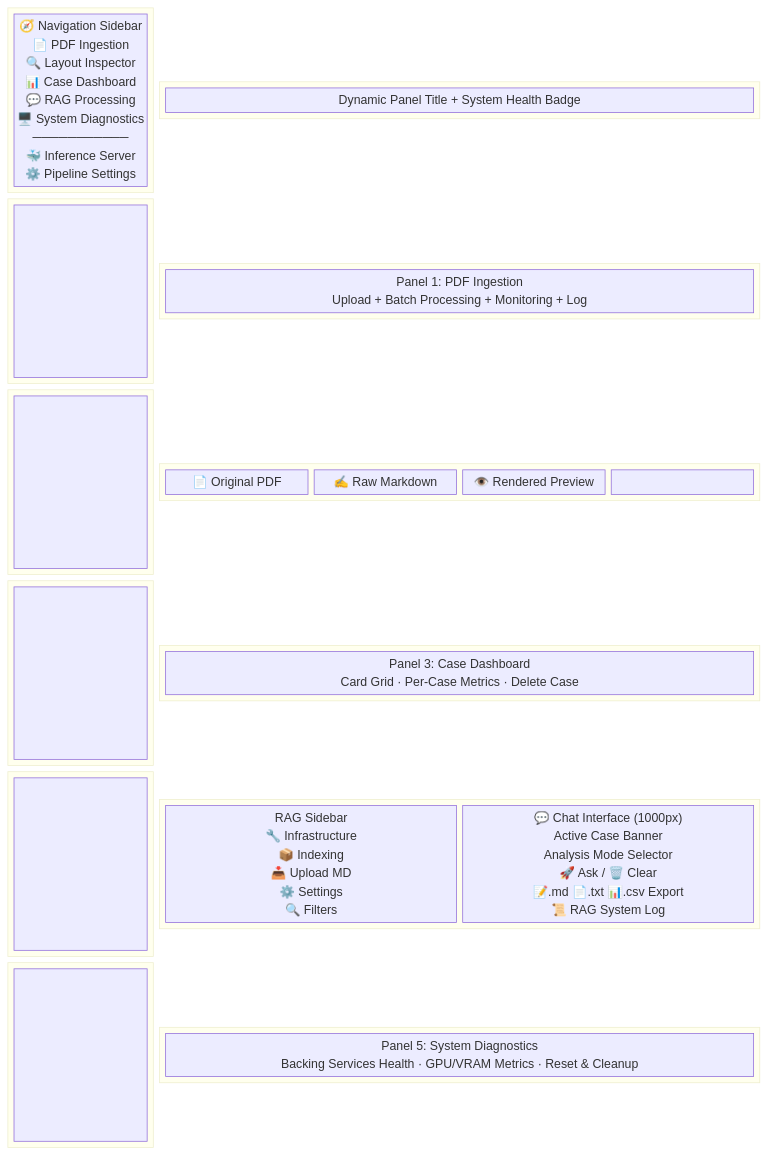
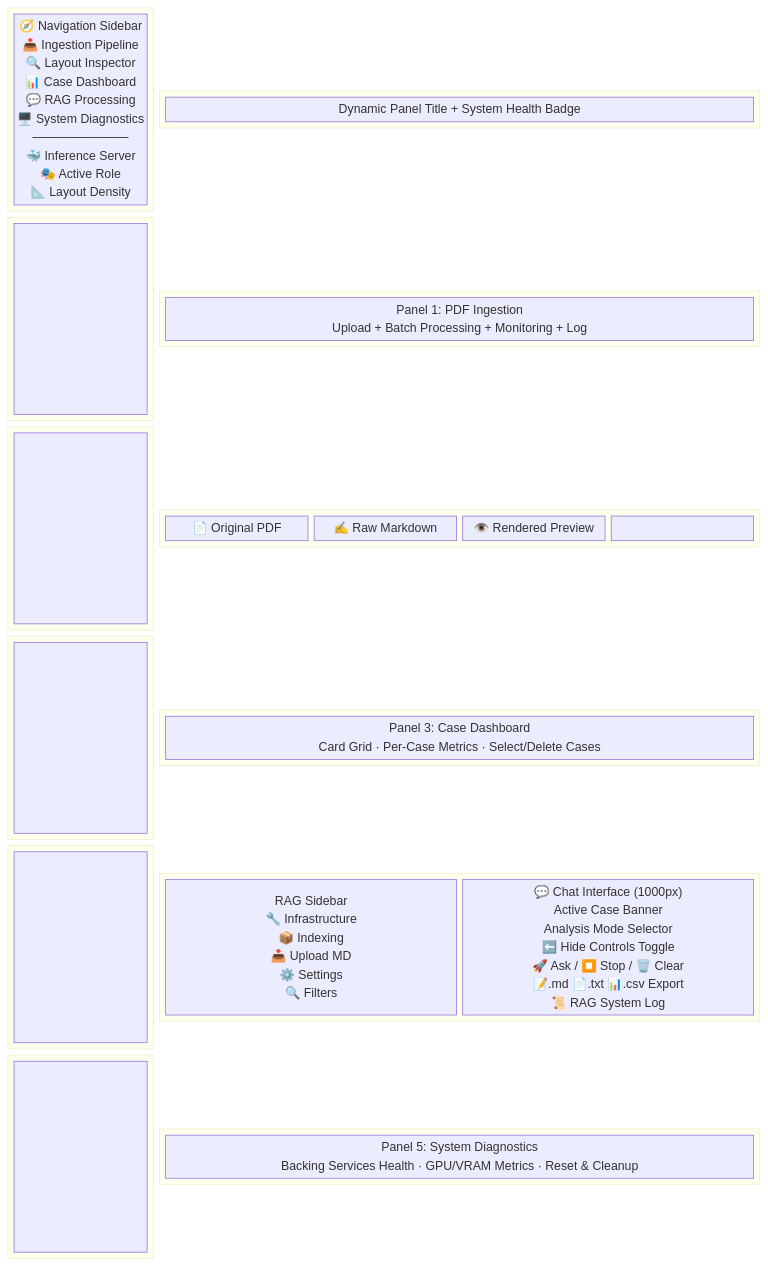
The first of 2 diagrams in README.md (r70pro/CORAG), drawn with Mermaid before and after one commit. The commit also changed other lines of this file and 14 other files, not shown here.

````diff
--- a/README.md
+++ b/README.md
@@ -58,68 +71,68 @@
 ```mermaid
 block-beta
     columns 5
 
     block:navsidebar:1
         columns 1
-        nav["🧭 Navigation Sidebar<br/>📄 PDF Ingestion<br/>🔍 Layout Inspector<br/>📊 Case Dashboard<br/>💬 RAG Processing<br/>🖥️ System Diagnostics<br/>───────────<br/>🐳 Inference Server<br/>⚙️ Pipeline Settings"]
+        nav["🧭 Navigation Sidebar<br/>📥 Ingestion Pipeline<br/>🔍 Layout Inspector<br/>📊 Case Dashboard<br/>💬 RAG Processing<br/>🖥️ System Diagnostics<br/>───────────<br/>🐳 Inference Server<br/>🎭 Active Role<br/>📐 Layout Density"]
     end
 
     block:contentarea:4
         columns 4
         paneltitle["Dynamic Panel Title + System Health Badge"]
     end
 
     block:spacer1:1
         columns 1
         space1[" "]
     end
 
     block:panel1:4
         columns 4
         p1["Panel 1: PDF Ingestion<br/>Upload + Batch Processing + Monitoring + Log"]
     end
 
     block:spacer2:1
         columns 1
         space2[" "]
     end
 
     block:panel2:4
         columns 4
         p2a["📄 Original PDF"]
         p2b["✍️ Raw Markdown"]
         p2c["👁️ Rendered Preview"]
         p2d[" "]
     end
 
     block:spacer3:1
         columns 1
         space3[" "]
     end
 
     block:panel3:4
         columns 4
-        p3["Panel 3: Case Dashboard<br/>Card Grid · Per-Case Metrics · Delete Case"]
+        p3["Panel 3: Case Dashboard<br/>Card Grid · Per-Case Metrics · Select/Delete Cases"]
     end
 
     block:spacer4:1
         columns 1
         space4[" "]
     end
 
     block:panel4:4
         columns 4
         p4sidebar["RAG Sidebar<br/>🔧 Infrastructure<br/>📦 Indexing<br/>📥 Upload MD<br/>⚙️ Settings<br/>🔍 Filters"]
-        p4chat["💬 Chat Interface (1000px)<br/>Active Case Banner<br/>Analysis Mode Selector<br/>🚀 Ask / 🗑️ Clear<br/>📝.md 📄.txt 📊.csv Export<br/>📜 RAG System Log"]
+        p4chat["💬 Chat Interface (1000px)<br/>Active Case Banner<br/>Analysis Mode Selector<br/>⬅️ Hide Controls Toggle<br/>🚀 Ask / ⏹️ Stop / 🗑️ Clear<br/>📝.md 📄.txt 📊.csv Export<br/>📜 RAG System Log"]
     end
 
     block:spacer5:1
         columns 1
         space5[" "]
     end
 
     block:panel5:4
         columns 4
         p5["Panel 5: System Diagnostics<br/>Backing Services Health · GPU/VRAM Metrics · Reset & Cleanup"]
     end
 ```
````
